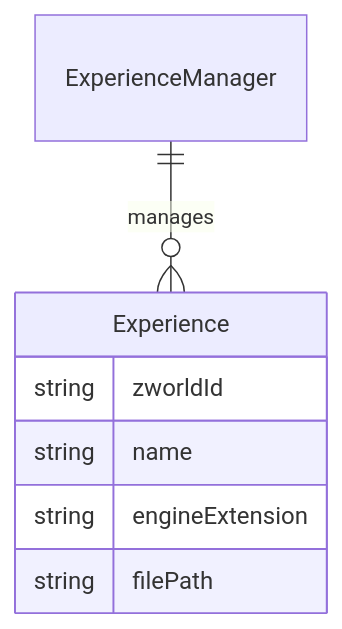
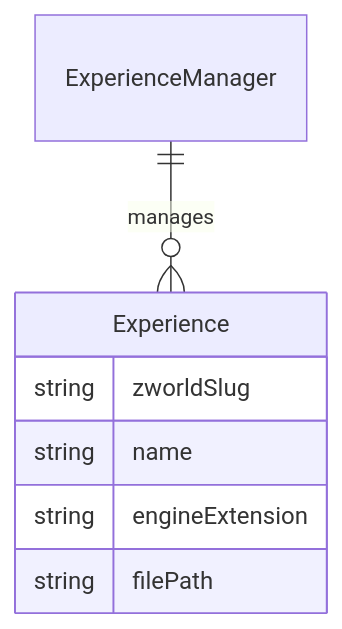
One commit to peterbaileyct/zforge changed the third of 5 diagrams in docs/ER Diagram.md. Above: the diagram before and after it, drawn with Mermaid. The commit also changed other lines of this file and 234 other files, not shown here.

Commit message:
Switched to python/flet. Moved LLM orchestration from custom to LangGraph. Implemented hybrid vector/graph RAG with LanceDb and Kuzu.

````diff
--- a/docs/ER Diagram.md
+++ b/docs/ER Diagram.md
@@ -66,10 +109,10 @@
 ```mermaid
 erDiagram
     Experience {
-        string zworldId
+        string zworldSlug
         string name
         string engineExtension
         string filePath
     }
     ExperienceManager ||--o{ Experience : "manages"
 ```
````
